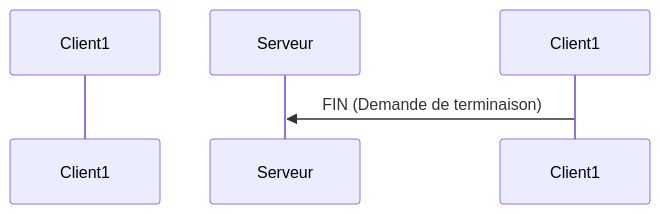
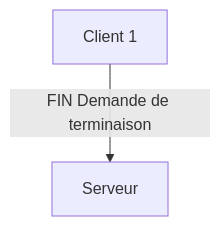
One commit to Jab-Omar/DigitalcityNotes changed the tenth of 21 diagrams in content/Netacad/Couche de Transport.md. Above: the diagram before and after it, drawn with Mermaid. The commit also changed other lines of this file and 1 other file, not shown here.

````diff
--- a/content/Netacad/Couche de Transport.md
+++ b/content/Netacad/Couche de Transport.md
@@ -414,7 +397,4 @@
 ```mermaid
-sequenceDiagram;
-    participant Client as Client1
-    participant Serveur as Serveur
-
-    Client1->>Serveur: FIN (Demande de terminaison)
+flowchart TD
+    A[Client 1] -->|FIN Demande de terminaison| B[Serveur]
 ```
````
